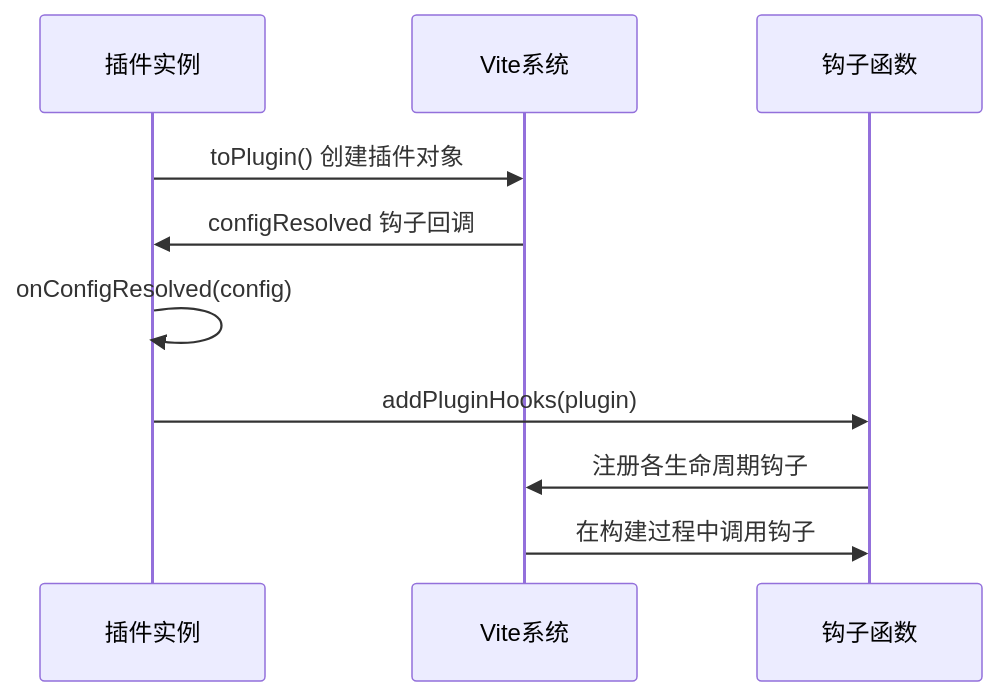
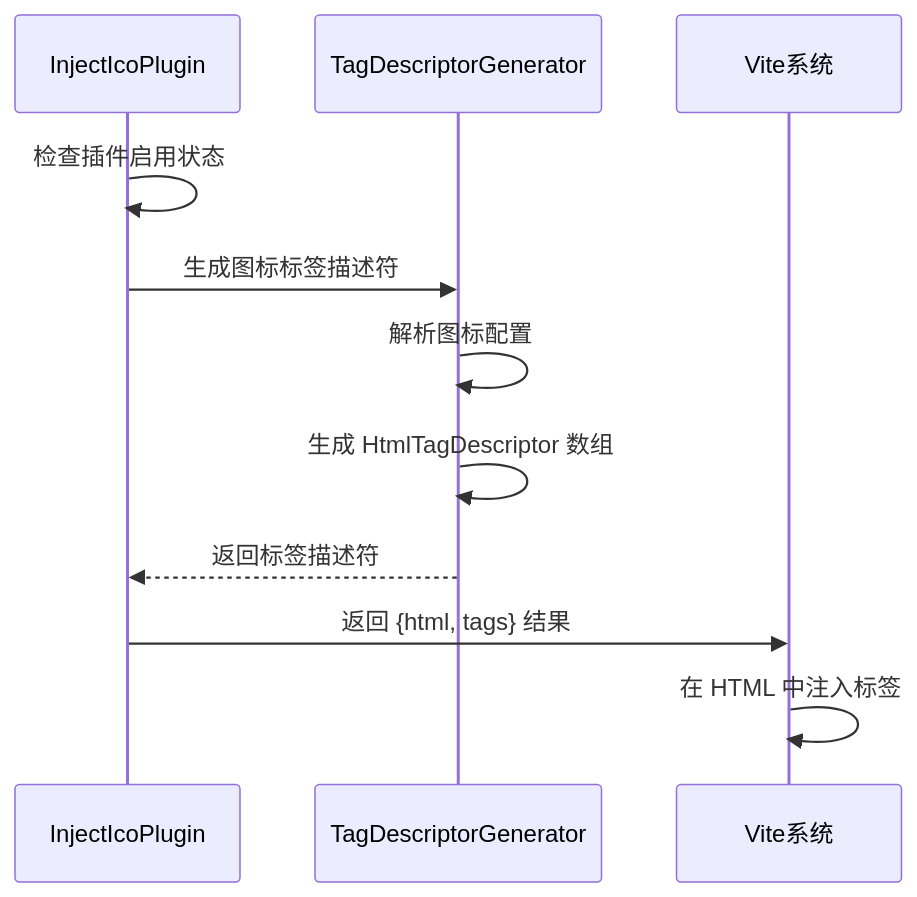
The fifth of 6 diagrams in .qoder/repowiki/zh/content/插件开发/插件工厂系统.md (MengXi-Studio/vite-plugin), drawn with Mermaid before and after one commit. The commit also changed other lines of this file and 8 other files, not shown here.

````diff
--- a/.qoder/repowiki/zh/content/插件开发/插件工厂系统.md
+++ b/.qoder/repowiki/zh/content/插件开发/插件工厂系统.md
@@ -302,12 +303,13 @@
 ```mermaid
 sequenceDiagram
-participant Plugin as 插件实例
+participant Plugin as InjectIcoPlugin
+participant Generator as TagDescriptorGenerator
 participant Vite as Vite系统
-participant Hooks as 钩子函数
-Plugin->>Vite : toPlugin() 创建插件对象
-Vite->>Plugin : configResolved 钩子回调
-Plugin->>Plugin : onConfigResolved(config)
-Plugin->>Hooks : addPluginHooks(plugin)
-Hooks->>Vite : 注册各生命周期钩子
-Vite->>Hooks : 在构建过程中调用钩子
+Plugin->>Plugin : 检查插件启用状态
+Plugin->>Generator : 生成图标标签描述符
+Generator->>Generator : 解析图标配置
+Generator->>Generator : 生成 HtmlTagDescriptor 数组
+Generator-->>Plugin : 返回标签描述符
+Plugin->>Vite : 返回 {html, tags} 结果
+Vite->>Vite : 在 HTML 中注入标签
 ```
````
